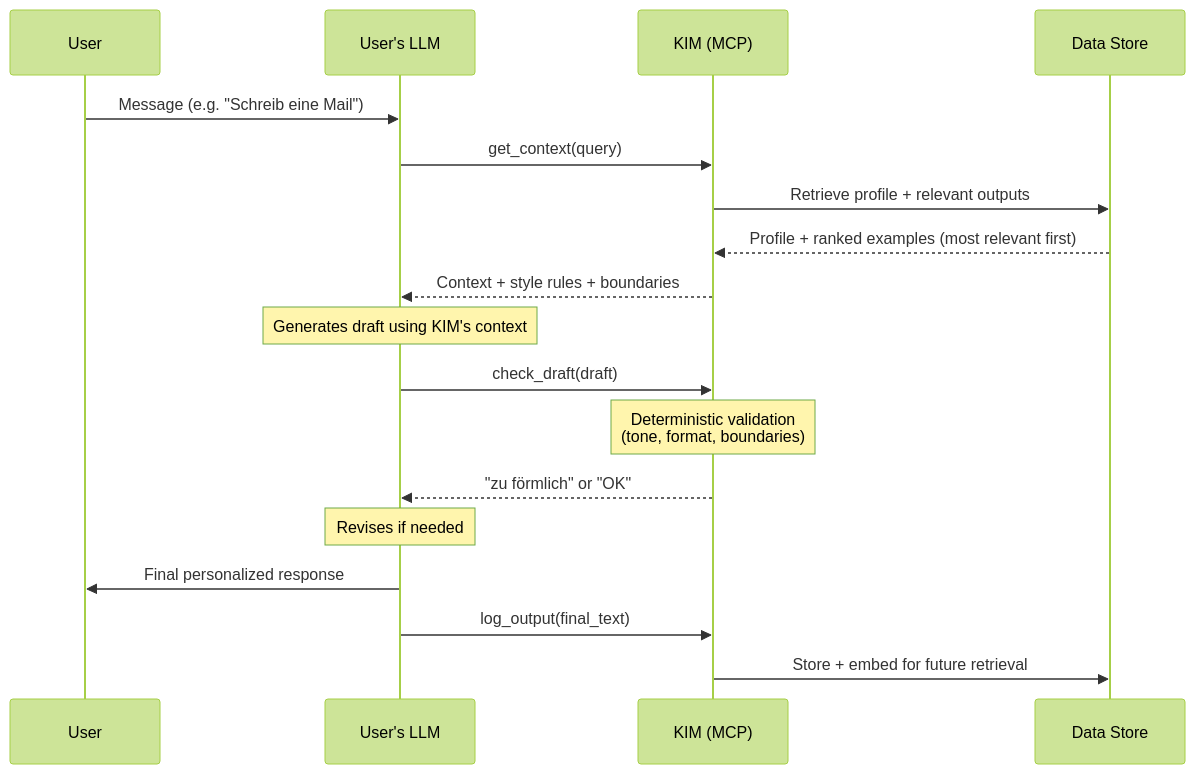
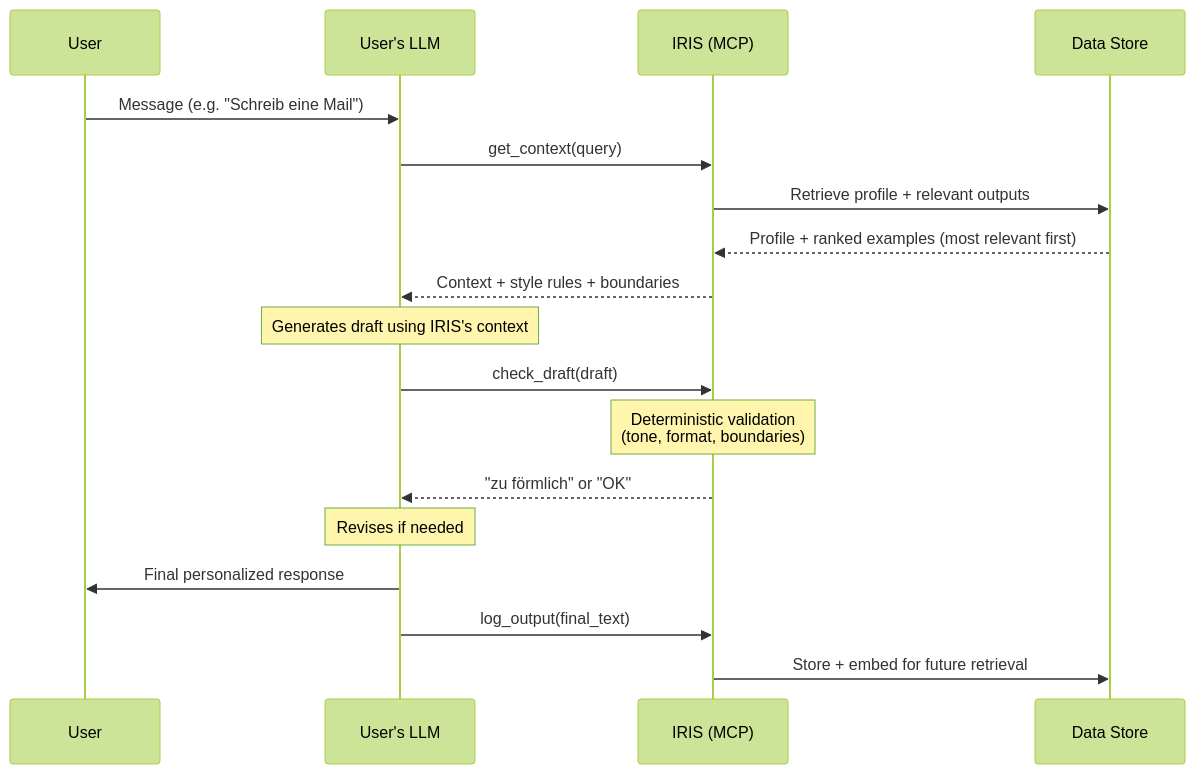
The second of 7 diagrams in ARCHITECTURE.md (JuanWiegmann/IRIS), drawn with Mermaid (forest theme) before and after one commit. The commit also changed other lines of this file and 70 other files, not shown here.

````diff
--- a/ARCHITECTURE.md
+++ b/ARCHITECTURE.md
@@ -112,25 +112,25 @@
 ```mermaid
 sequenceDiagram
     participant U as User
     participant LLM as User's LLM
-    participant KIM as KIM (MCP)
+    participant IRIS as IRIS (MCP)
     participant Data as Data Store
 
     U->>LLM: Message (e.g. "Schreib eine Mail")
-    LLM->>KIM: get_context(query)
-    KIM->>Data: Retrieve profile + relevant outputs
-    Data-->>KIM: Profile + ranked examples (most relevant first)
-    KIM-->>LLM: Context + style rules + boundaries
+    LLM->>IRIS: get_context(query)
+    IRIS->>Data: Retrieve profile + relevant outputs
+    Data-->>IRIS: Profile + ranked examples (most relevant first)
+    IRIS-->>LLM: Context + style rules + boundaries
 
-    Note over LLM: Generates draft using KIM's context
+    Note over LLM: Generates draft using IRIS's context
 
-    LLM->>KIM: check_draft(draft)
-    Note over KIM: Deterministic validation<br>(tone, format, boundaries)
-    KIM-->>LLM: "zu förmlich" or "OK"
+    LLM->>IRIS: check_draft(draft)
+    Note over IRIS: Deterministic validation<br>(tone, format, boundaries)
+    IRIS-->>LLM: "zu förmlich" or "OK"
 
     Note over LLM: Revises if needed
 
     LLM->>U: Final personalized response
-    LLM->>KIM: log_output(final_text)
-    KIM->>Data: Store + embed for future retrieval
+    LLM->>IRIS: log_output(final_text)
+    IRIS->>Data: Store + embed for future retrieval
 ```
````
